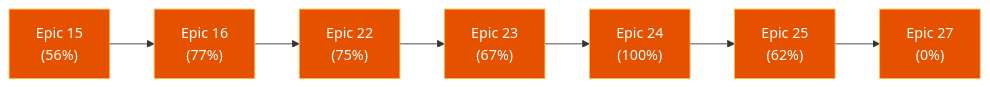
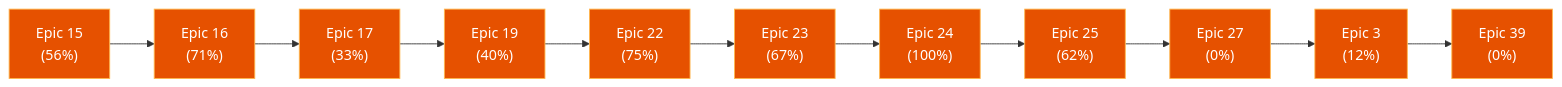
Before and after one commit to martinfou/trading-bridge: the diagram in _bmad-output/sprint-status-dashboard.md, drawn with Mermaid. The commit also changed other lines of this file and 33 other files, not shown here.

````diff
--- a/_bmad-output/sprint-status-dashboard.md
+++ b/_bmad-output/sprint-status-dashboard.md
@@ -13,18 +13,26 @@
 ```mermaid
 flowchart LR
   classDef done fill:#1b5e20,stroke:#81c784,color:#fff
   classDef ip fill:#e65100,stroke:#ffb74d,color:#fff
   epic15["Epic 15<br/>(56%)"]:::ip
-  epic16["Epic 16<br/>(77%)"]:::ip
+  epic16["Epic 16<br/>(71%)"]:::ip
+  epic17["Epic 17<br/>(33%)"]:::ip
+  epic19["Epic 19<br/>(40%)"]:::ip
   epic22["Epic 22<br/>(75%)"]:::ip
   epic23["Epic 23<br/>(67%)"]:::ip
   epic24["Epic 24<br/>(100%)"]:::ip
   epic25["Epic 25<br/>(62%)"]:::ip
   epic27["Epic 27<br/>(0%)"]:::ip
+  epic3["Epic 3<br/>(12%)"]:::ip
+  epic39["Epic 39<br/>(0%)"]:::ip
   epic15 --> epic16
-  epic16 --> epic22
+  epic16 --> epic17
+  epic17 --> epic19
+  epic19 --> epic22
   epic22 --> epic23
   epic23 --> epic24
   epic24 --> epic25
   epic25 --> epic27
+  epic27 --> epic3
+  epic3 --> epic39
 ```
````
